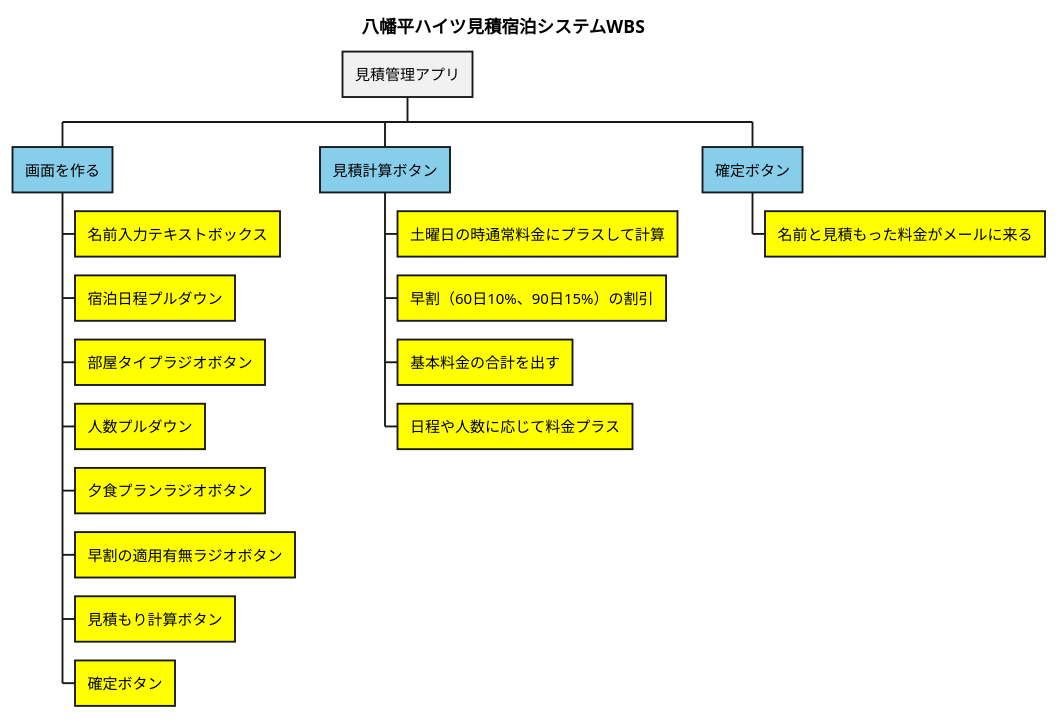
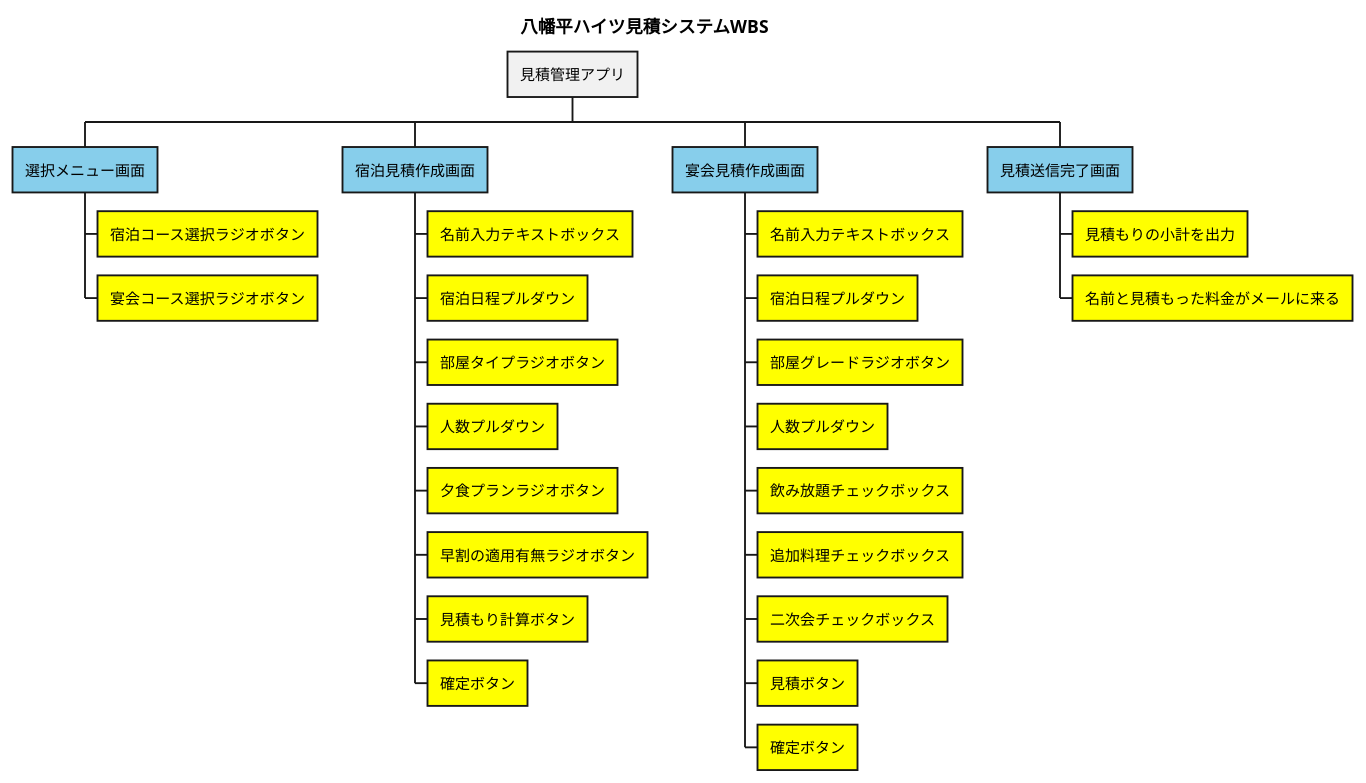
Before and after one commit to 2025-spring-scrum-development-lecture/spring-lecture-pms-development-mukaiguti: the diagram in UML/WBSsyukuhaku.pu, drawn with PlantUML. The commit also changed 1 other file, not shown here.

```diff
--- a/UML/WBSsyukuhaku.pu
+++ b/UML/WBSsyukuhaku.pu
@@ -1,21 +1,29 @@
-@startwbs 見積宿泊システム
-title 八幡平ハイツ見積宿泊システムWBS
+@startwbs 見積システム
+title 八幡平ハイツ見積システムWBS
 * 見積管理アプリ
-**[#SkyBlue] 画面を作る
+**[#SkyBlue] 選択メニュー画面
+***[#Yellow] 宿泊コース選択ラジオボタン
+***[#Yellow] 宴会コース選択ラジオボタン
+**[#SkyBlue] 宿泊見積作成画面
 ***[#Yellow] 名前入力テキストボックス
 ***[#Yellow] 宿泊日程プルダウン
 ***[#Yellow] 部屋タイプラジオボタン
 ***[#Yellow] 人数プルダウン
 ***[#Yellow] 夕食プランラジオボタン
 ***[#Yellow] 早割の適用有無ラジオボタン
 ***[#Yellow] 見積もり計算ボタン
 ***[#Yellow] 確定ボタン
-**[#SkyBlue] 見積計算ボタン
-***[#Yellow] 土曜日の時通常料金にプラスして計算
-***[#Yellow] 早割（60日10%、90日15%）の割引
-***[#Yellow] 基本料金の合計を出す
-***[#Yellow] 日程や人数に応じて料金プラス
-**[#SkyBlue] 確定ボタン
+**[#SkyBlue] 宴会見積作成画面
+***[#Yellow] 名前入力テキストボックス
+***[#Yellow] 宿泊日程プルダウン
+***[#Yellow] 部屋グレードラジオボタン
+***[#Yellow] 人数プルダウン
+***[#Yellow] 飲み放題チェックボックス
+***[#Yellow] 追加料理チェックボックス
+***[#Yellow] 二次会チェックボックス
+***[#Yellow] 見積ボタン
+***[#Yellow] 確定ボタン
+**[#SkyBlue] 見積送信完了画面
+***[#Yellow] 見積もりの小計を出力
 ***[#Yellow] 名前と見積もった料金がメールに来る
-
 @endwbs
```
